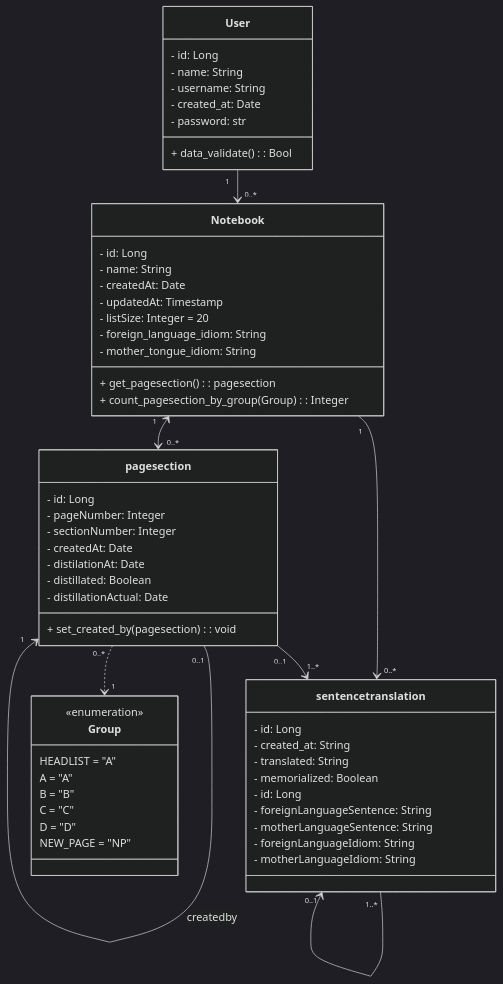
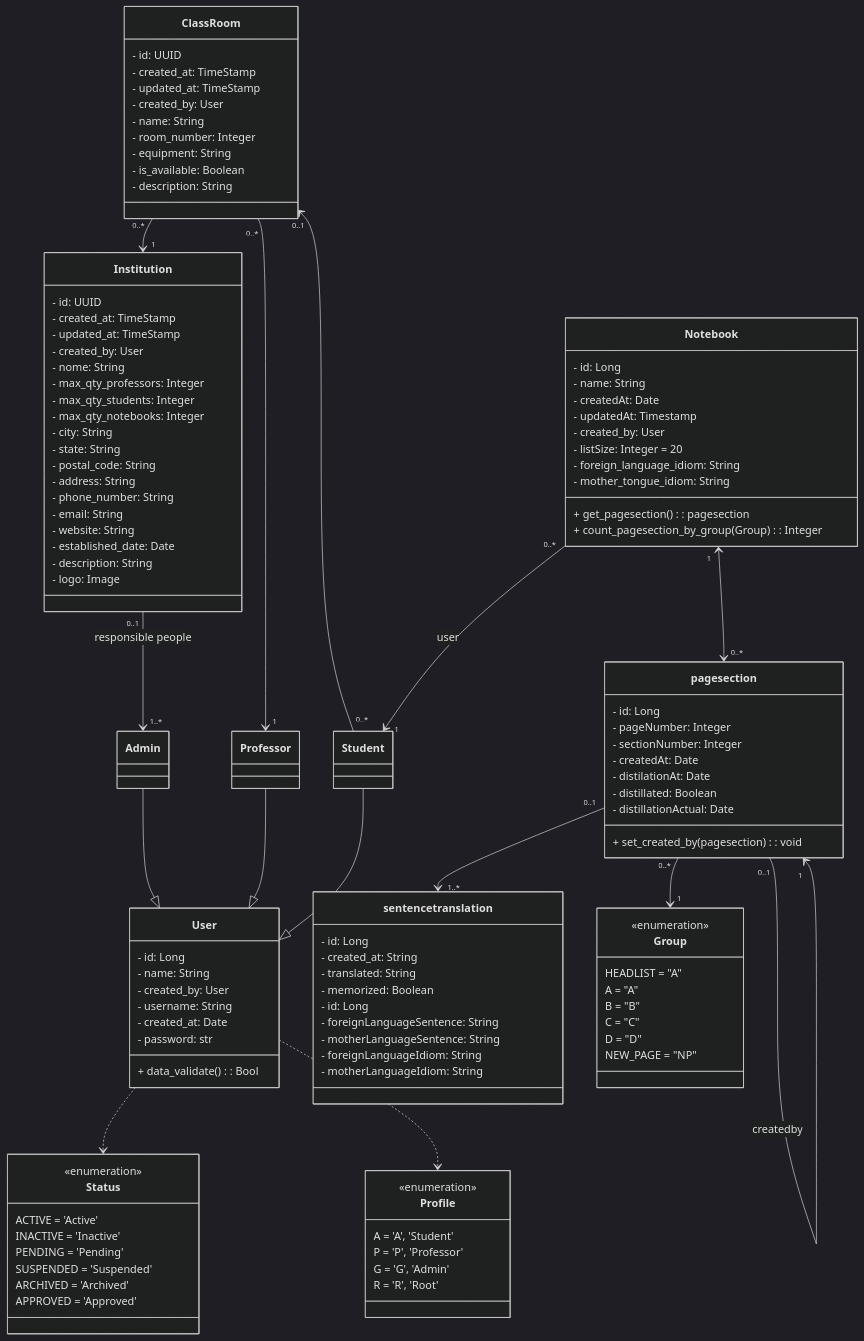
The diagram in .documentation/ClassDiagramGoldList.md (microrepar/gold-list-method-app-django), drawn with Mermaid (dark theme) before and after one commit. The commit also changed 1 other file, not shown here.

Commit message:
feat: updates class diagram.

````diff
--- a/.documentation/ClassDiagramGoldList.md
+++ b/.documentation/ClassDiagramGoldList.md
@@ -3,6 +3,7 @@
         class User{
             - id: Long
             - name: String
+            - created_by: User
             - username: String
             - created_at: Date
             - password: str
@@ -10,11 +11,57 @@
             + data_validate(): Bool
         }
 
+        class Admin{
+
+        }
+        
+        class Professor{
+
+        }
+
+        class Student{
+            
+        }
+
+        class Institution {
+            - id: UUID
+            - created_at: TimeStamp
+            - updated_at: TimeStamp
+            - created_by: User
+            - nome: String
+            - max_qty_professors: Integer
+            - max_qty_students: Integer
+            - max_qty_notebooks: Integer
+            - city: String
+            - state: String
+            - postal_code: String
+            - address: String
+            - phone_number: String
+            - email: String
+            - website: String
+            - established_date: Date
+            - description: String
+            - logo: Image
+        }
+
+        class ClassRoom {
+            - id: UUID
+            - created_at: TimeStamp
+            - updated_at: TimeStamp
+            - created_by: User
+            - name: String
+            - room_number: Integer
+            - equipment: String
+            - is_available: Boolean
+            - description: String
+        }
+
         class Notebook {
             - id: Long
             - name: String
             - createdAt: Date
             - updatedAt: Timestamp
+            - created_by: User
             - listSize: Integer = 20
             - foreign_language_idiom: String
             - mother_tongue_idiom: String
@@ -39,7 +86,7 @@
             - id: Long
             - created_at: String
             - translated: String
-            - memorialized: Boolean
+            - memorized: Boolean
         }
         
         class sentencetranslation {
@@ -59,12 +106,39 @@
             D        = "D"
             NEW_PAGE = "NP"
         }
+        
+        class Status {
+            <<enumeration>>
+            ACTIVE    = 'Active'
+            INACTIVE  = 'Inactive'
+            PENDING   = 'Pending'
+            SUSPENDED = 'Suspended'
+            ARCHIVED  = 'Archived'
+            APPROVED  = 'Approved'
+        }
+        
+        class Profile {
+            <<enumeration>>
+            A = 'A', 'Student'
+            P = 'P', 'Professor'
+            G = 'G', 'Admin'
+            R = 'R', 'Root'
+        }
     
-        User "1"             -->    "0..*" Notebook
-        Notebook "1"        <-->    "0..*" pagesection
-        Notebook "1"         -->    "0..*" sentencetranslation
-        pagesection "0..1"   -->    "1" pagesection : createdby
+
+        User ..> Status
+        User ..> Profile
+        Admin --|> User
+        Professor --|> User
+        Student --|> User
+        ClassRoom "0..1"     <--    "0..*" Student
+        Notebook "0..*"      -->    "1" Student: user
+        ClassRoom "0..*"     -->    "1" Professor
+        ClassRoom "0..*"     -->    "1" Institution
+        Notebook "1"         <-->    "0..*" pagesection
+        
+        Institution "0..1"   -->    "1..*" Admin: responsible people
+        pagesection "0..*"   -->    "1" Group
         pagesection "0..1"   -->    "1..*" sentencetranslation
-        sentencetranslation "1..*" -->    "0..1" sentencetranslation
-        pagesection "0..*"   ..>    "1" Group
+        pagesection "0..1"   -->    "1"   pagesection : createdby        
 ```
````
